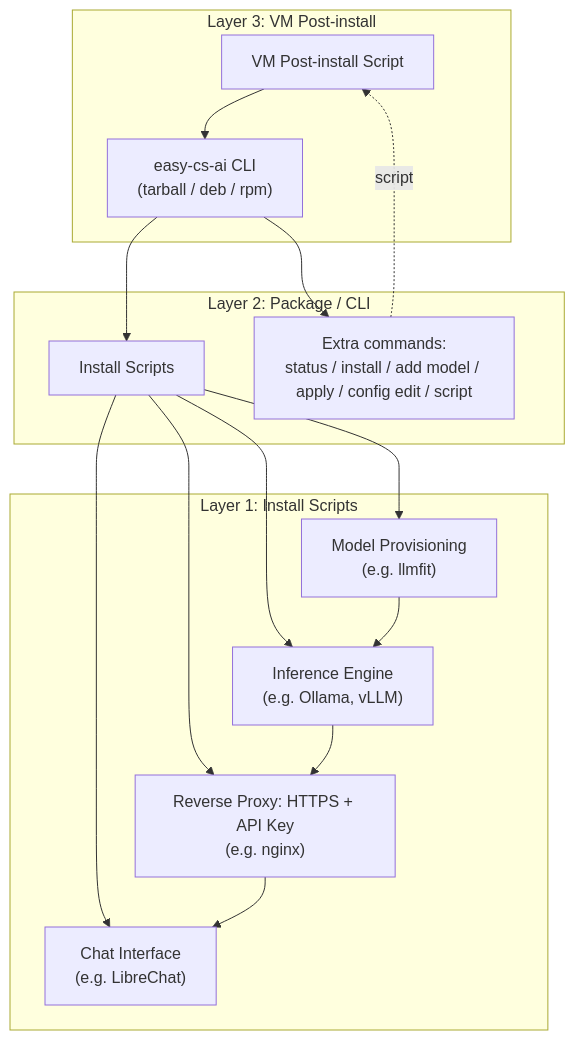
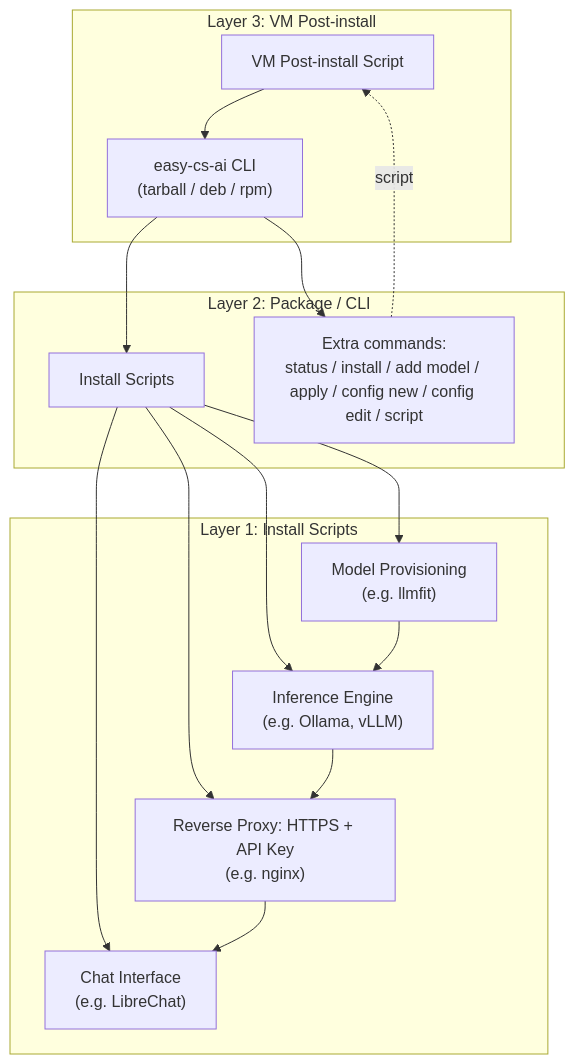
Before and after one commit to Dimsi-BS/easy-cs-ai: the diagram in README.md, drawn with Mermaid. The commit also changed other lines of this file and 23 other files, not shown here.

First line of the commit message:
Split config edit into config new and config edit <file>, and specify the appearance of the text for a person

````diff
--- a/README.md
+++ b/README.md
@@ -70,21 +70,21 @@
 ```mermaid
 graph TD
     subgraph L3["Layer 3: VM Post-install"]
         VM["VM Post-install Script"] --> PKG
     end
     subgraph L2["Layer 2: Package / CLI"]
         PKG["easy-cs-ai CLI\n(tarball / deb / rpm)"] --> IS
-        PKG --> Extra["Extra commands:\nstatus / install / add model / apply / config edit / script"]
+        PKG --> Extra["Extra commands:\nstatus / install / add model / apply / config new / config edit / script"]
         Extra -.script.-> VM
     end
     subgraph L1["Layer 1: Install Scripts"]
         IS["Install Scripts"]
         IS --> Engine
         IS --> Provisioning
         IS --> Proxy
         IS --> Chat
     end
     Engine["Inference Engine\n(e.g. Ollama, vLLM)"] --> Proxy
     Proxy["Reverse Proxy: HTTPS + API Key\n(e.g. nginx)"] --> Chat["Chat Interface\n(e.g. LibreChat)"]
     Provisioning["Model Provisioning\n(e.g. llmfit)"] --> Engine
 ```
````
